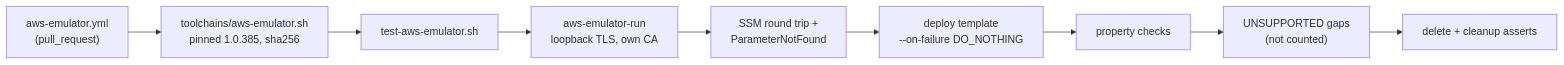
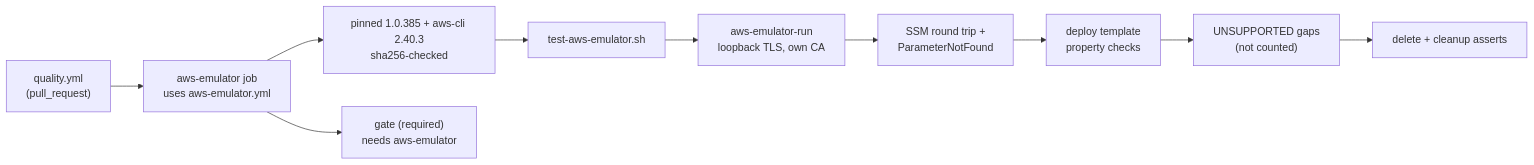
Before and after one commit to stSoftwareAU/VibeCoder: the diagram in docs/archive/pr-summaries/pr-summary-5110.md, drawn with Mermaid. The commit also changed other lines of this file, not shown here.

First line of the commit message:
Rewrite the PR summary for the gated emulator run and the review fixes (Issue #5110)

````diff
--- a/docs/archive/pr-summaries/pr-summary-5110.md
+++ b/docs/archive/pr-summaries/pr-summary-5110.md
@@ -166,11 +182,12 @@
 ```mermaid
 flowchart LR
-    W["aws-emulator.yml<br/>(pull_request)"] --> I["toolchains/aws-emulator.sh<br/>pinned 1.0.385, sha256"]
+    Q["quality.yml<br/>(pull_request)"] --> A["aws-emulator job<br/>uses aws-emulator.yml"]
+    A --> I["pinned 1.0.385 + aws-cli 2.40.3<br/>sha256-checked"]
     I --> S["test-aws-emulator.sh"]
     S --> R["aws-emulator-run<br/>loopback TLS, own CA"]
     R --> M["SSM round trip +<br/>ParameterNotFound"]
-    M --> D["deploy template<br/>--on-failure DO_NOTHING"]
-    D --> P["property checks"]
-    P --> G["UNSUPPORTED gaps<br/>(not counted)"]
+    M --> D["deploy template<br/>property checks"]
+    D --> G["UNSUPPORTED gaps<br/>(not counted)"]
     G --> C["delete + cleanup asserts"]
+    A --> GATE["gate (required)<br/>needs aws-emulator"]
 ```
````
